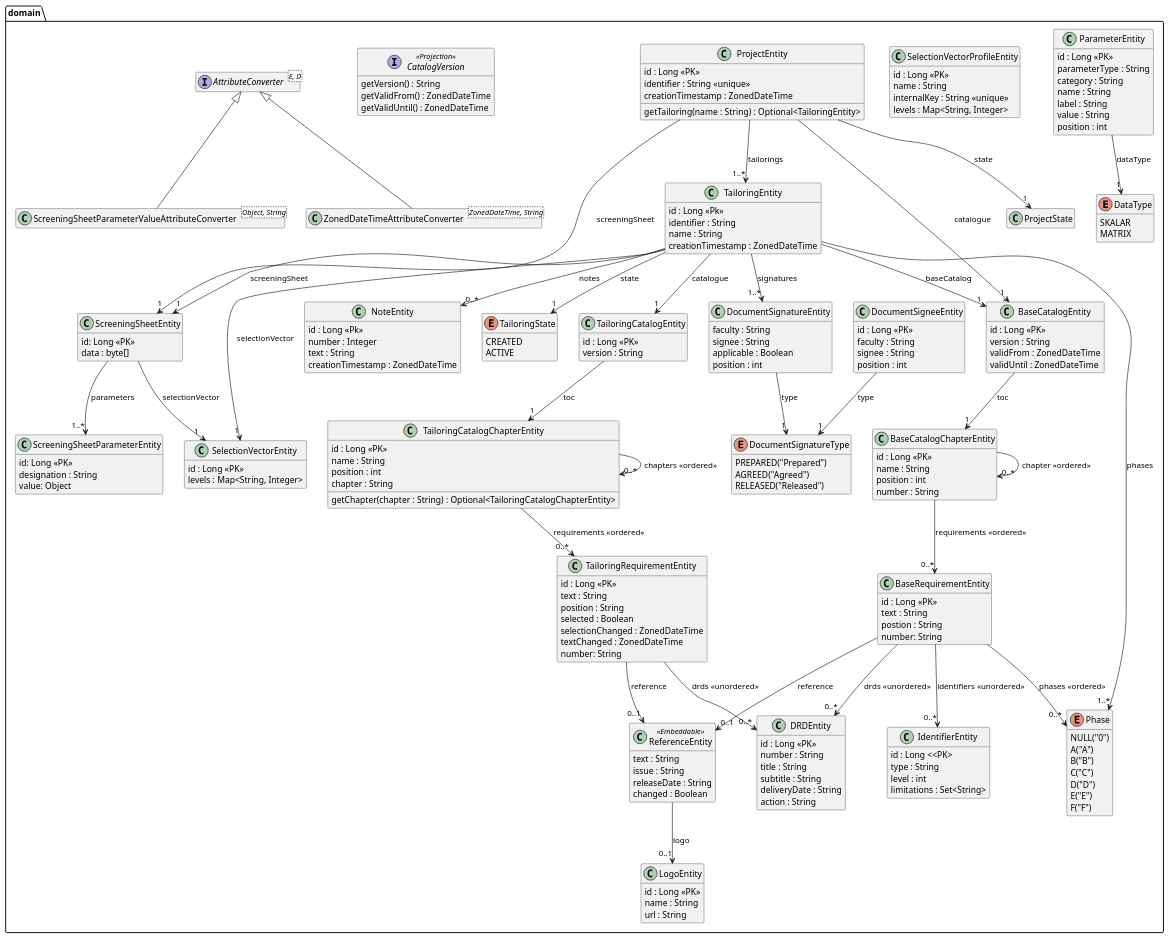
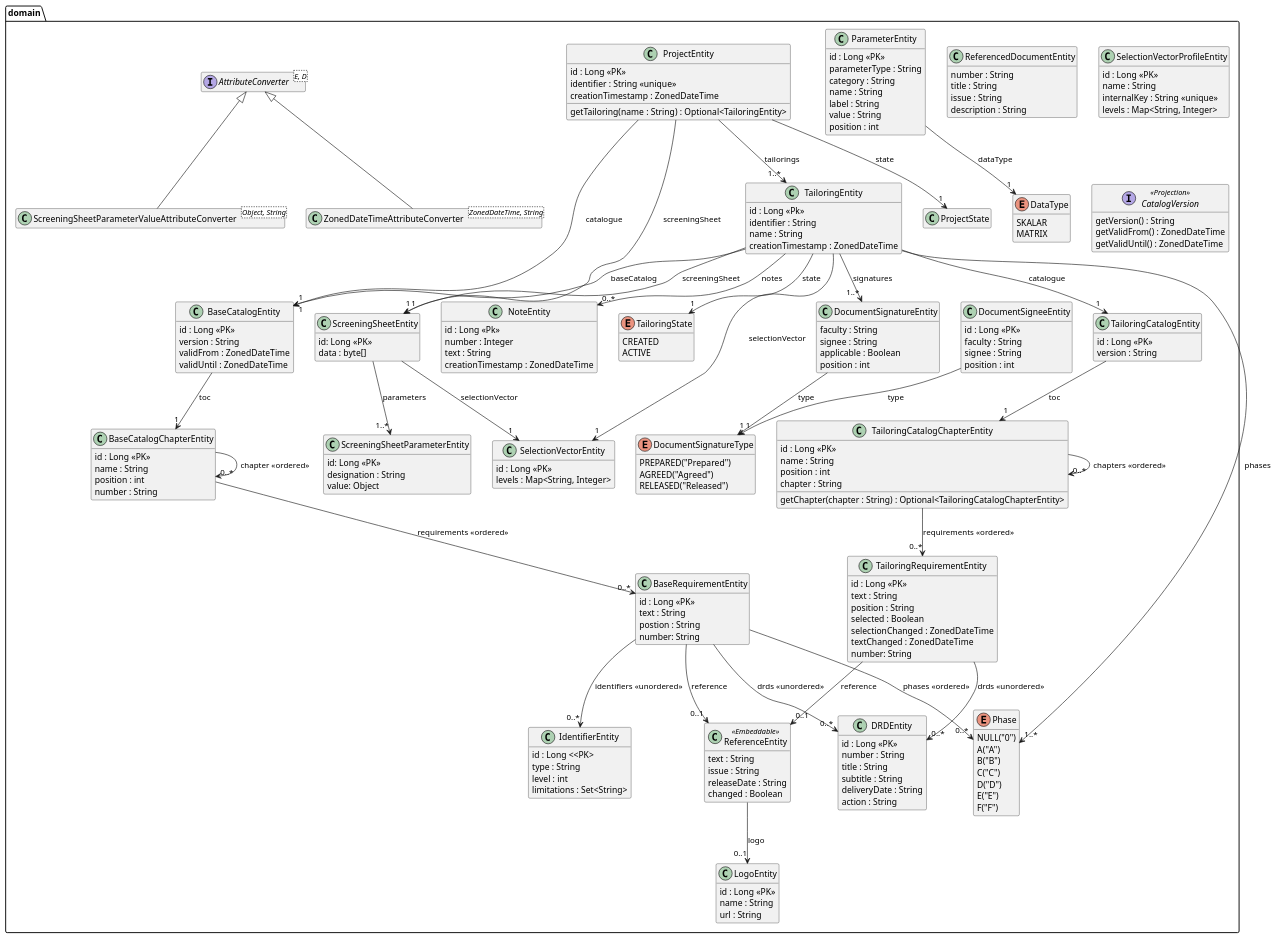
One commit to tailoringexpert/platform changed the diagram in src/site/arc42/plantuml/data-jpa/domain/Ebene3.plantuml. Above: the diagram before and after it, drawn with PlantUML. The commit also changed 32 other files, not shown here.

```diff
--- a/src/site/arc42/plantuml/data-jpa/domain/Ebene3.plantuml
+++ b/src/site/arc42/plantuml/data-jpa/domain/Ebene3.plantuml
@@ -27,6 +27,13 @@
     enum TailoringState {
         CREATED
         ACTIVE
+    }
+
+    class ReferencedDocumentEntity {
+        number : String
+        title : String
+        issue : String
+        description : String
     }
 
     class DRDEntity {
```
